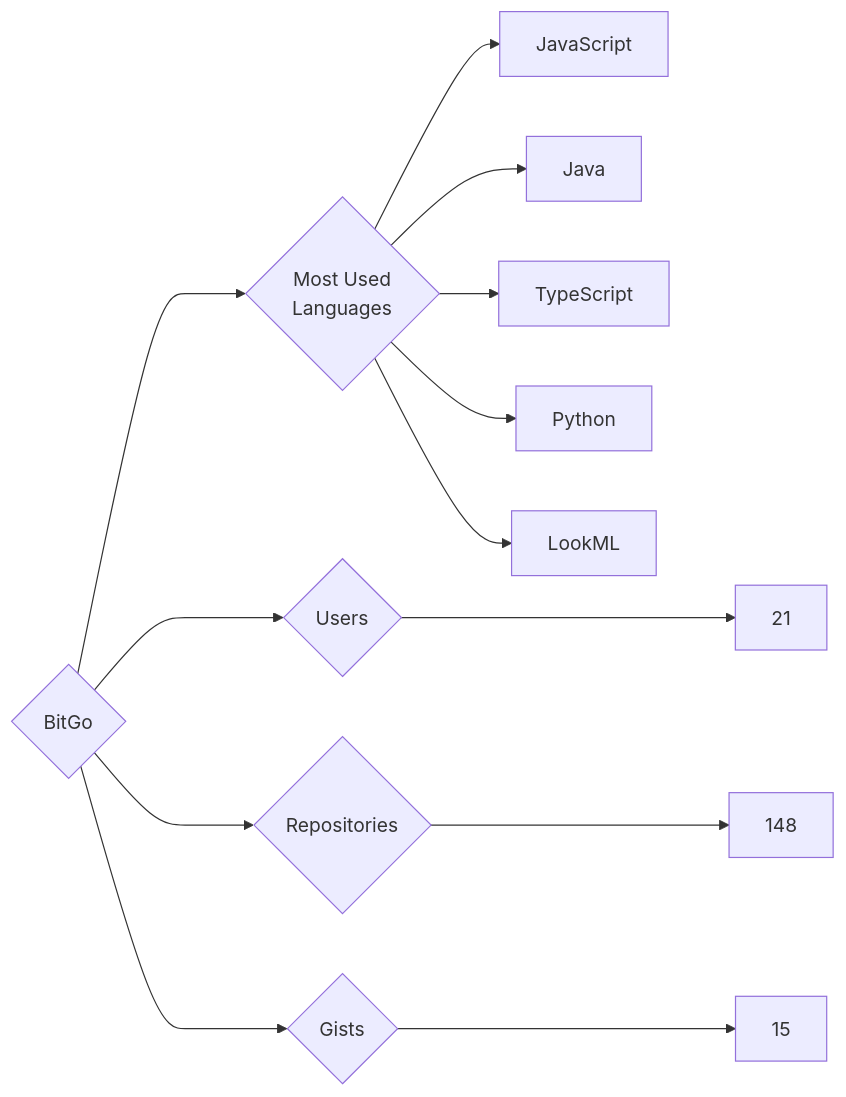
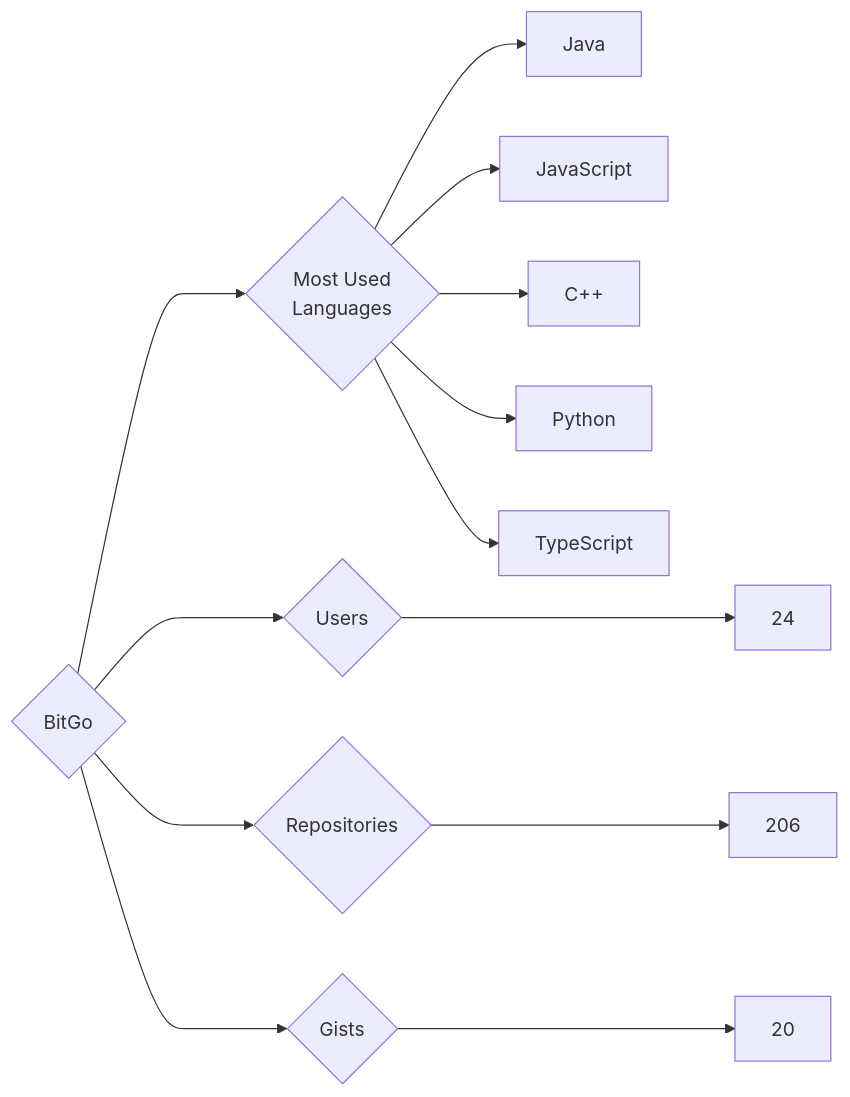
Before and after one commit to trickest/insiders: the diagram in targets/BitGo/README.md, drawn with Mermaid. The commit also changed 895 other files, not shown here.

````diff
--- a/targets/BitGo/README.md
+++ b/targets/BitGo/README.md
@@ -3,13 +3,13 @@
 ```mermaid
 graph LR
 COMPANY_NAME{BitGo}
-COMPANY_NAME ---> U{Users} ---> UN[21]
-COMPANY_NAME ---> R{Repositories} ---> RN[148]
-COMPANY_NAME ---> G{Gists} ---> GN[15]
+COMPANY_NAME ---> U{Users} ---> UN[24]
+COMPANY_NAME ---> R{Repositories} ---> RN[206]
+COMPANY_NAME ---> G{Gists} ---> GN[20]
 COMPANY_NAME ---> ML{Most Used<br>Languages}
+ML --> Java[Java]
 ML --> JavaScript[JavaScript]
-ML --> Java[Java]
+ML --> C++[C++]
+ML --> Python[Python]
 ML --> TypeScript[TypeScript]
-ML --> Python[Python]
-ML --> LookML[LookML]
 ```
````
